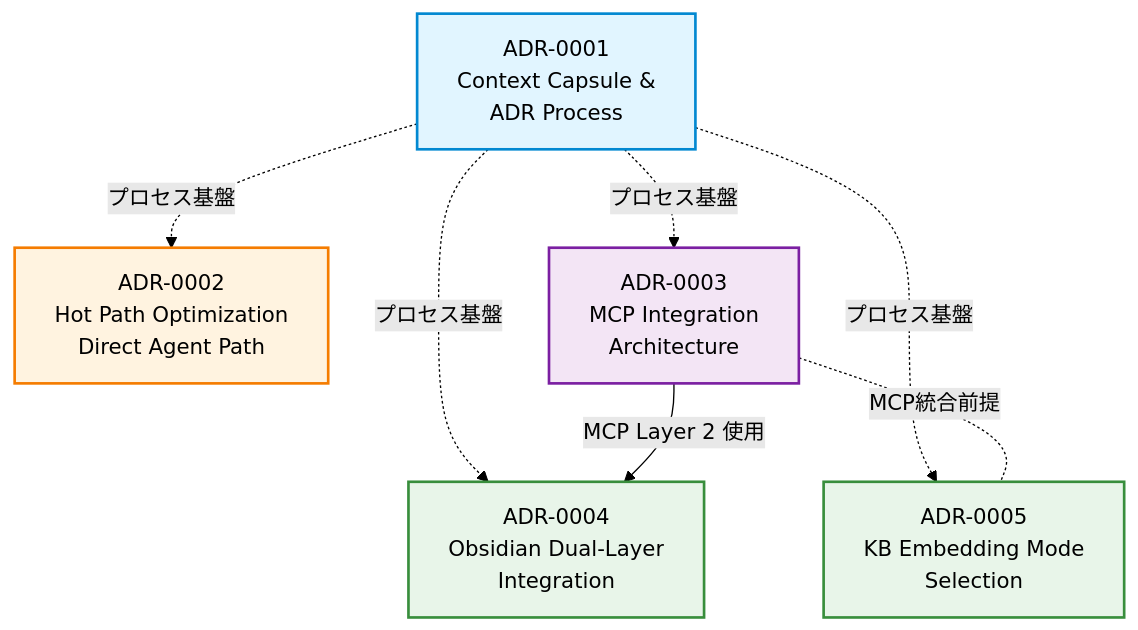
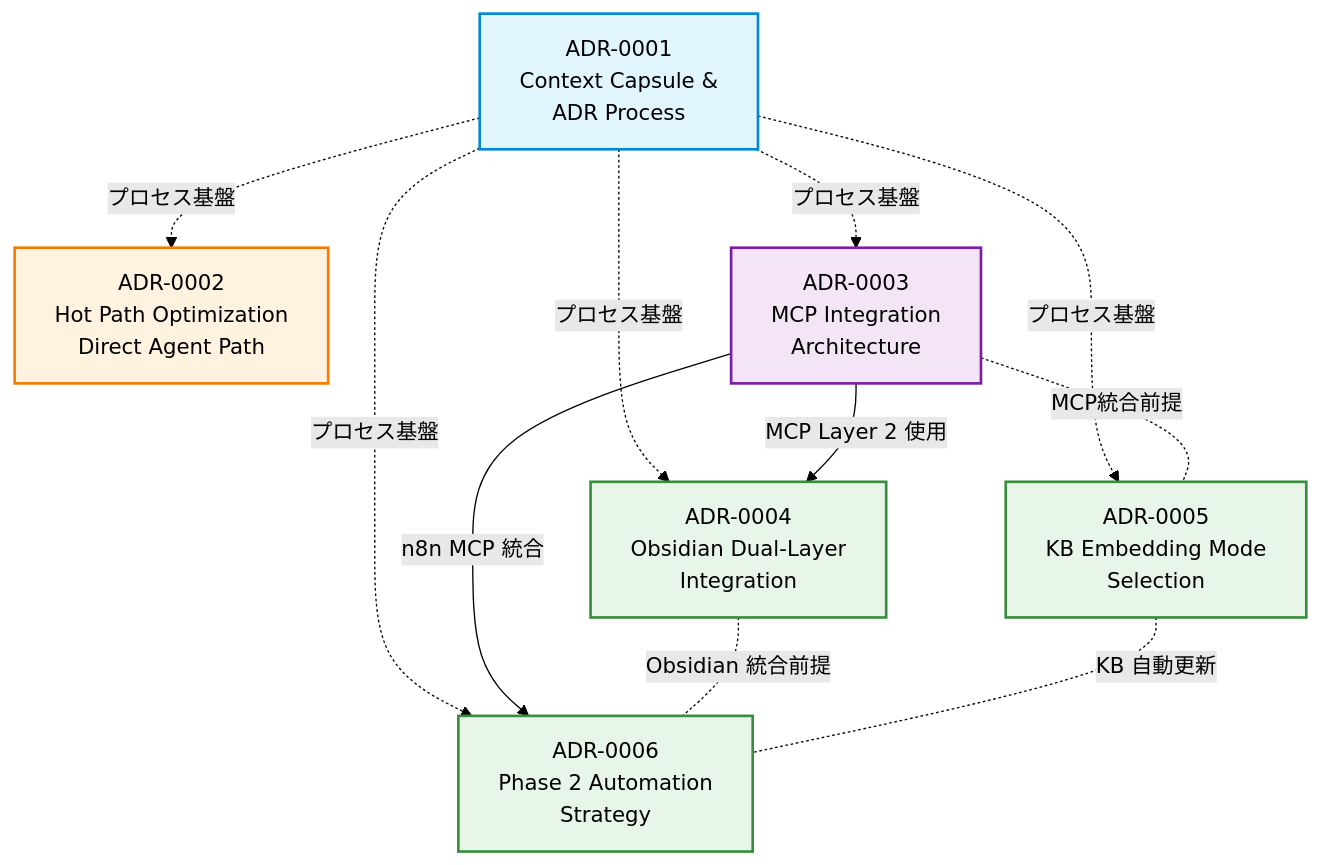
The diagram in docs/decisions/index.md (dauberside/dauberside.github.io), drawn with Mermaid (forest theme) before and after one commit. The commit also changed other lines of this file and 11 other files, not shown here.

````diff
--- a/docs/decisions/index.md
+++ b/docs/decisions/index.md
@@ -26,48 +26,57 @@
 ```mermaid
 flowchart TB
     %% ========================================
     %% ADR-0001: Foundation (プロセス定義)
     %% ========================================
     ADR0001[ADR-0001<br/>Context Capsule &<br/>ADR Process]
 
     %% ========================================
     %% 独立系 ADR
     %% ========================================
     ADR0002[ADR-0002<br/>Hot Path Optimization<br/>Direct Agent Path]
 
     %% ========================================
     %% MCP 統合基盤
     %% ========================================
     ADR0003[ADR-0003<br/>MCP Integration<br/>Architecture]
 
     %% ========================================
     %% MCP 依存 ADR
     %% ========================================
     ADR0004[ADR-0004<br/>Obsidian Dual-Layer<br/>Integration]
 
     ADR0005[ADR-0005<br/>KB Embedding Mode<br/>Selection]
 
     %% ========================================
+    %% Phase 2: Automation
+    %% ========================================
+    ADR0006[ADR-0006<br/>Phase 2 Automation<br/>Strategy]
+
+    %% ========================================
     %% 関係性（依存）
     %% ========================================
     ADR0001 -.プロセス基盤.-> ADR0002
     ADR0001 -.プロセス基盤.-> ADR0003
     ADR0001 -.プロセス基盤.-> ADR0004
     ADR0001 -.プロセス基盤.-> ADR0005
+    ADR0001 -.プロセス基盤.-> ADR0006
 
     ADR0003 -->|MCP Layer 2 使用| ADR0004
     ADR0003 -.MCP統合前提.- ADR0005
+    ADR0003 -->|n8n MCP 統合| ADR0006
+    ADR0004 -.Obsidian 統合前提.- ADR0006
+    ADR0005 -.KB 自動更新.- ADR0006
 
     %% ========================================
     %% スタイル
     %% ========================================
     classDef processClass fill:#e1f5ff,stroke:#0288d1,stroke-width:2px
     classDef standaloneClass fill:#fff3e0,stroke:#f57c00,stroke-width:2px
     classDef foundationClass fill:#f3e5f5,stroke:#7b1fa2,stroke-width:2px
     classDef derivedClass fill:#e8f5e9,stroke:#388e3c,stroke-width:2px
 
     class ADR0001 processClass
     class ADR0002 standaloneClass
     class ADR0003 foundationClass
-    class ADR0004,ADR0005 derivedClass
+    class ADR0004,ADR0005,ADR0006 derivedClass
 ```
````
